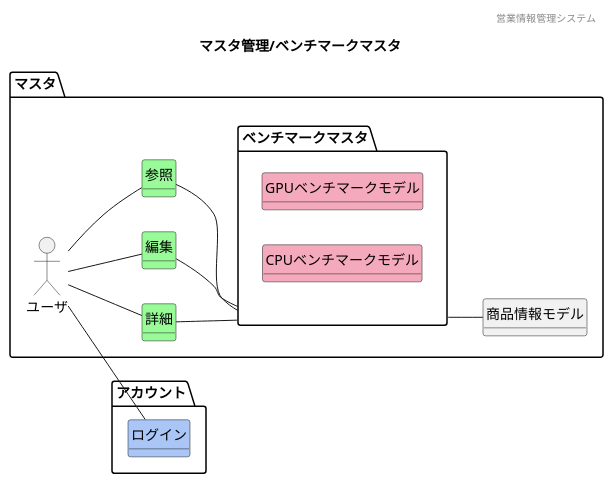
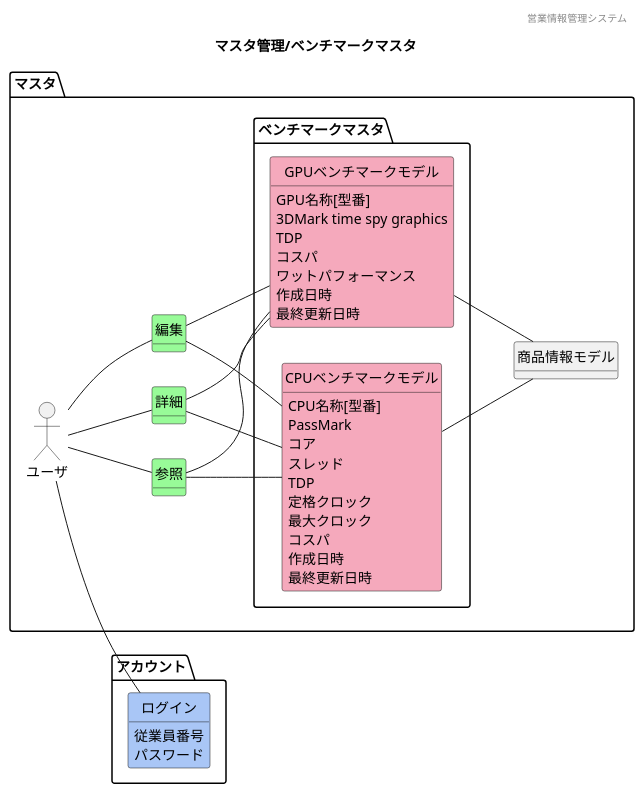
One commit to HaruShim/Sotuken changed the diagram in 各種設計書/1ドメインモデル図/マスタ管理/F05ベンチマークマスタ.plantuml. Above: the diagram before and after it, drawn with PlantUML. The commit also changed 13 other files, not shown here.

```diff
--- a/各種設計書/1ドメインモデル図/マスタ管理/F05ベンチマークマスタ.plantuml
+++ b/各種設計書/1ドメインモデル図/マスタ管理/F05ベンチマークマスタ.plantuml
@@ -1,47 +1,72 @@
 @startuml images/マスタ管理/ベンチマークマスタ
 ' ヘッダー
 header 営業情報管理システム
 ' タイトル
 title マスタ管理/ベンチマークマスタ
 ' 
 hide circle
 ' 
 hide method
 left to right direction
 
 package "アカウント"{
     class "ログイン" #A9C6F6
 }
 
 package "マスタ" {
     'ユーザや外部システム
     mix_actor "ユーザ"
     class "詳細" #98fb98
     class "編集" #98fb98
     class "参照" #98fb98
     package ベンチマークマスタ{
         class "GPUベンチマークモデル" #F5A9BC 
         class "CPUベンチマークモデル" #F5A9BC 
     }
     class "商品情報モデル"
     ' class "" #F5A9BC
     ' class "" #ffd700
 
     'モデル同士の関係
     ユーザ -- 参照
     ユーザ -- 編集
     ユーザ -- 詳細
     ユーザ -- ログイン
-    参照 -- ベンチマークマスタ
-    編集 -- ベンチマークマスタ
-    詳細 -- ベンチマークマスタ
-    ベンチマークマスタ -- 商品情報モデル
+    参照 -- GPUベンチマークモデル
+    編集 -- GPUベンチマークモデル
+    詳細 -- GPUベンチマークモデル
+    参照 -- CPUベンチマークモデル
+    編集 -- CPUベンチマークモデル
+    詳細 -- CPUベンチマークモデル
+    GPUベンチマークモデル -- 商品情報モデル
+    CPUベンチマークモデル -- 商品情報モデル
 
     'ドメインクラスの属性
+    GPUベンチマークモデル : GPU名称[型番]
+    GPUベンチマークモデル : 3DMark time spy graphics
+    GPUベンチマークモデル : TDP
+    GPUベンチマークモデル : コスパ
+    GPUベンチマークモデル : ワットパフォーマンス
+    GPUベンチマークモデル : 作成日時
+    GPUベンチマークモデル : 最終更新日時
+    CPUベンチマークモデル : CPU名称[型番]
+    CPUベンチマークモデル : PassMark
+    CPUベンチマークモデル : コア
+    CPUベンチマークモデル : スレッド
+    CPUベンチマークモデル : TDP
+    CPUベンチマークモデル : 定格クロック
+    CPUベンチマークモデル : 最大クロック
+    CPUベンチマークモデル : コスパ
+    CPUベンチマークモデル : 作成日時
+    CPUベンチマークモデル : 最終更新日時
+    ' 商品情報モデル : ER図の変更点待ち
+    ログイン : 従業員番号
+    ログイン : パスワード
+
 
 }
 
 
 
 
 @enduml
```
